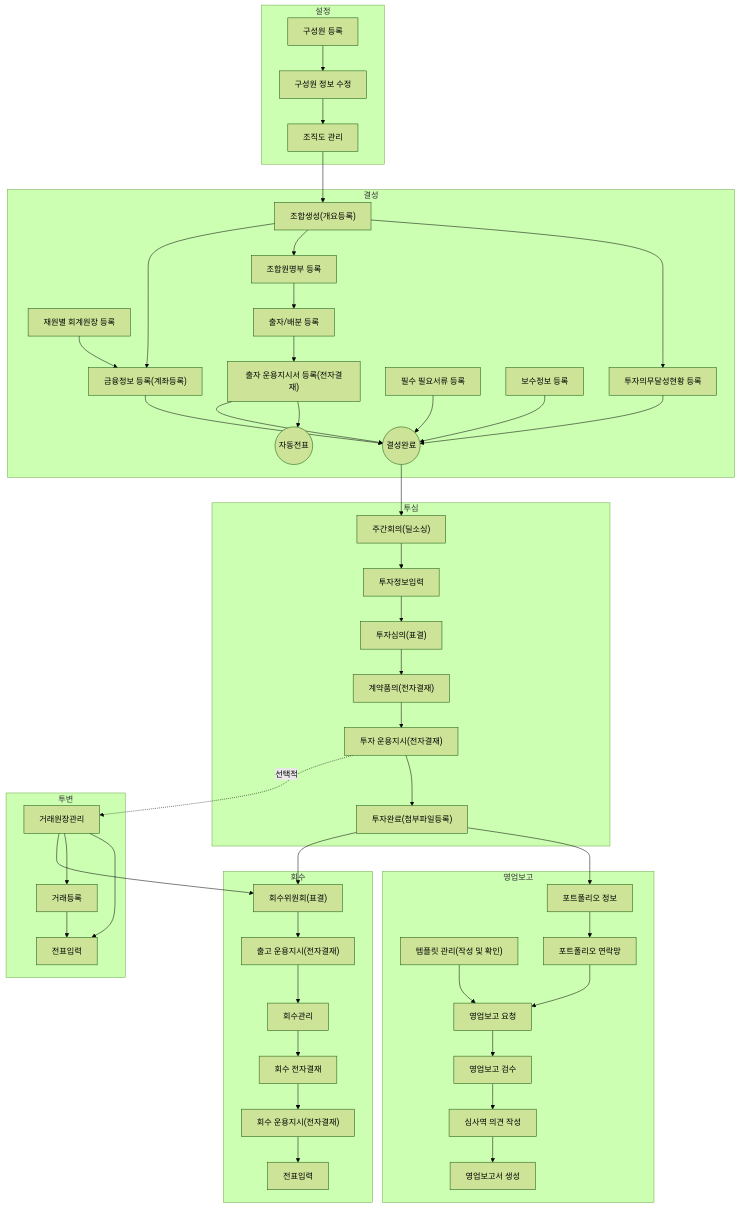
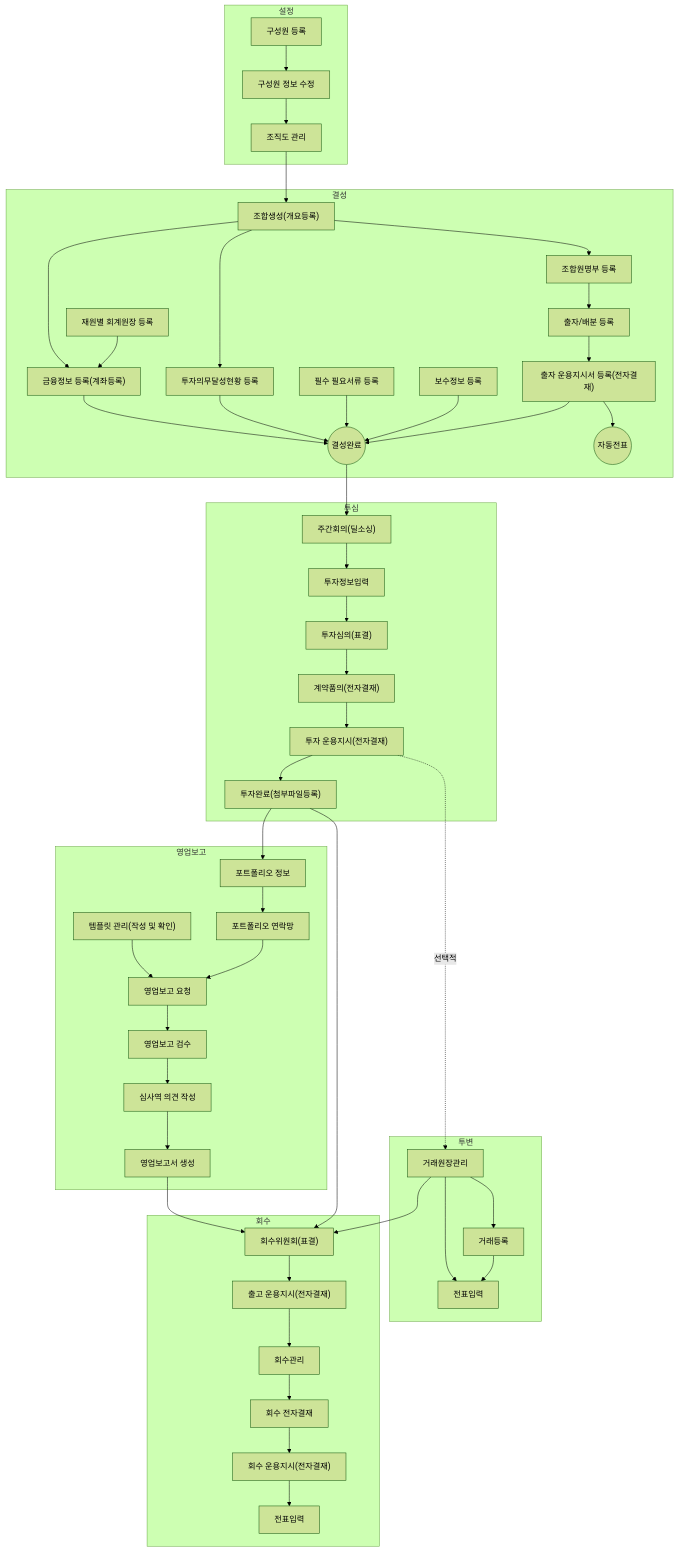
One commit to cotes2020/jekyll-theme-chirpy changed the diagram in _tabs/core.md. Above: the diagram before and after it, drawn with Mermaid (forest theme). The commit also changed 1 other file, not shown here.

```diff
--- a/_tabs/core.md
+++ b/_tabs/core.md
@@ -115,6 +115,8 @@
         ex0009a["회수 운용지시(전자결재)"]
         fm0002a["전표입력"]
 
+
+        br0011 --> ex0001
         pm0001 --> ex0001
         ex0001 --> oi0001
         oi0001 --> ex0007
```
